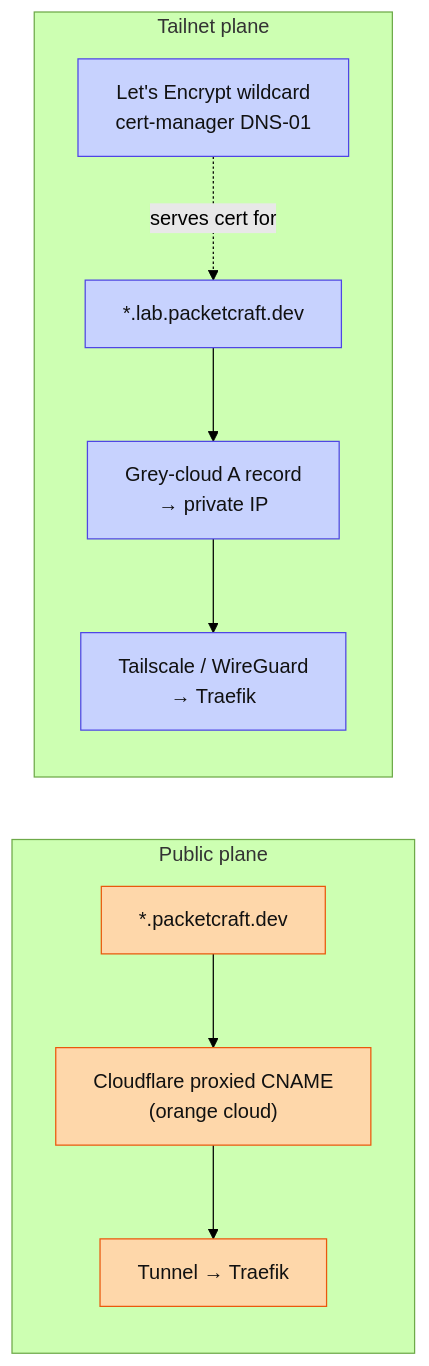
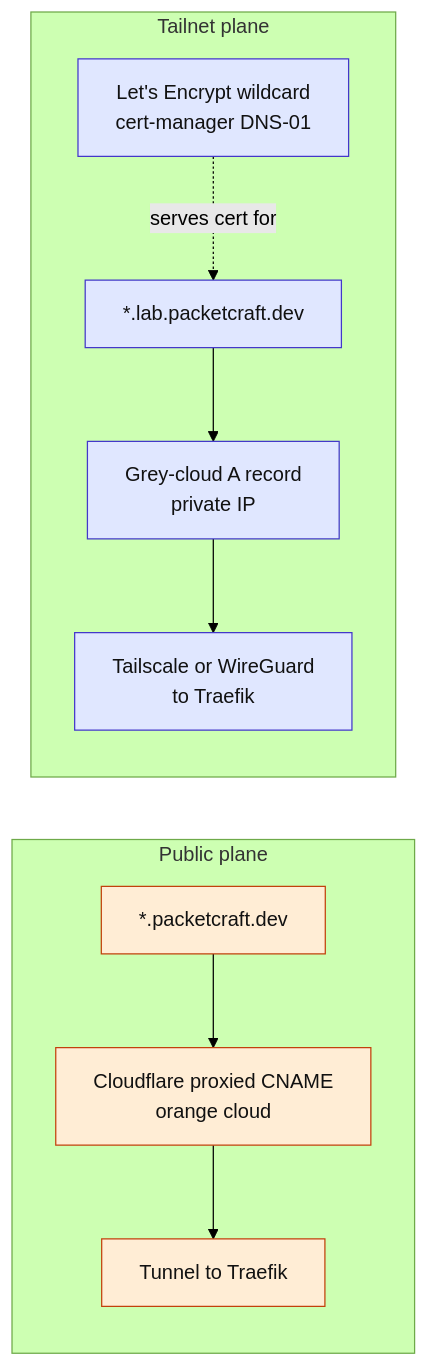
The fifth of 5 diagrams in docs/system-architecture/home-cluster.md (home-compute-cluster/docs), drawn with Mermaid (forest theme) before and after one commit. The commit also changed other lines of this file, not shown here.

First line of the commit message:
Make the architecture diagrams readable

````diff
--- a/docs/system-architecture/home-cluster.md
+++ b/docs/system-architecture/home-cluster.md
@@ -276,23 +263,23 @@
 ```mermaid
 flowchart LR
     subgraph pub["Public plane"]
         p1["*.packetcraft.dev"]
-        p2["Cloudflare proxied CNAME<br/>(orange cloud)"]
-        p3["Tunnel → Traefik"]
+        p2["Cloudflare proxied CNAME<br/>orange cloud"]
+        p3["Tunnel to Traefik"]
         p1 --> p2 --> p3
     end
 
     subgraph priv["Tailnet plane"]
         t1["*.lab.packetcraft.dev"]
-        t2["Grey-cloud A record<br/>→ private IP"]
-        t3["Tailscale / WireGuard<br/>→ Traefik"]
+        t2["Grey-cloud A record<br/>private IP"]
+        t3["Tailscale or WireGuard<br/>to Traefik"]
         t4["Let's Encrypt wildcard<br/>cert-manager DNS-01"]
         t1 --> t2 --> t3
         t4 -.->|"serves cert for"| t1
     end
 
-    classDef pubc fill:#fed7aa,stroke:#ea580c,color:#111
-    classDef privc fill:#c7d2fe,stroke:#4f46e5,color:#111
+    classDef pubc fill:#ffedd5,stroke:#c2410c,color:#111
+    classDef privc fill:#e0e7ff,stroke:#4338ca,color:#111
     class p1,p2,p3 pubc
     class t1,t2,t3,t4 privc
 ```
````
